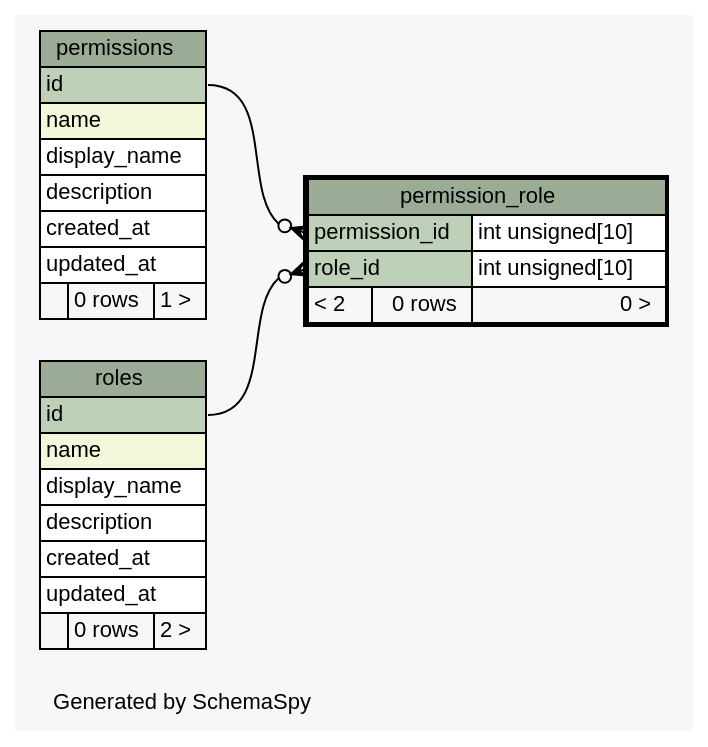
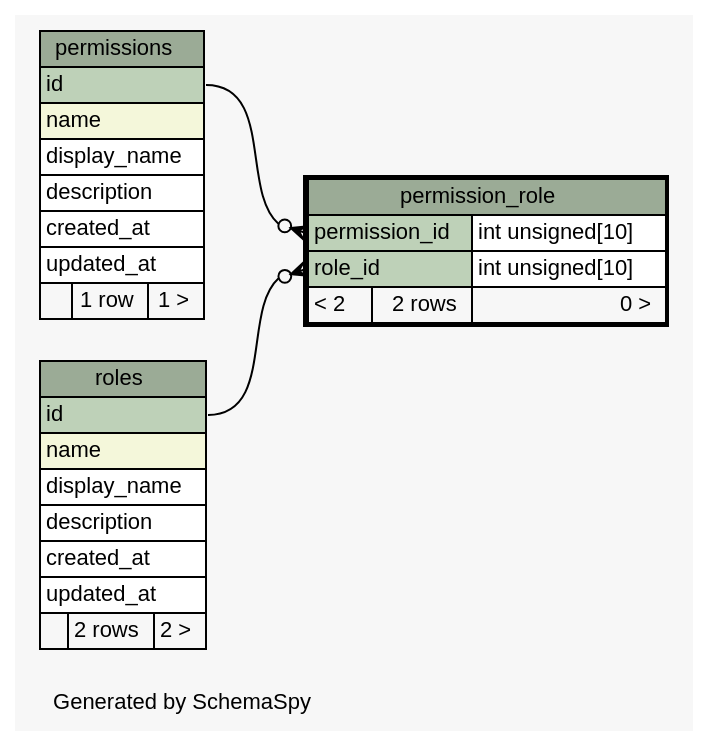
One commit to g0v/poli-radar-api changed the diagram in docs/diagrams/permission_role.1degree.dot. Above: the diagram before and after it, drawn with Graphviz. The commit also changed 105 other files, not shown here.

Commit message:
updated diagram

```diff
--- a/docs/diagrams/permission_role.1degree.dot
+++ b/docs/diagrams/permission_role.1degree.dot
@@ -1,65 +1,65 @@
 // dot 2.28.0 on Windows 10 10.0
 // SchemaSpy rev 590
 digraph "oneDegreeRelationshipsDiagram" {
   graph [
     rankdir="RL"
     bgcolor="#f7f7f7"
     label="\nGenerated by SchemaSpy"
     labeljust="l"
     nodesep="0.18"
     ranksep="0.46"
     fontname="Helvetica"
     fontsize="11"
   ];
   node [
     fontname="Helvetica"
     fontsize="11"
     shape="plaintext"
   ];
   edge [
     arrowsize="0.8"
   ];
   "permission_role":"permission_id":w -> "permissions":"id":e [arrowhead=none dir=back arrowtail=crowodot];
   "permission_role":"role_id":w -> "roles":"id":e [arrowhead=none dir=back arrowtail=crowodot];
   "permission_role" [
     label=<
     <TABLE BORDER="2" CELLBORDER="1" CELLSPACING="0" BGCOLOR="#ffffff">
       <TR><TD COLSPAN="3" BGCOLOR="#9bab96" ALIGN="CENTER">permission_role</TD></TR>
       <TR><TD PORT="permission_id" COLSPAN="2" BGCOLOR="#bed1b8" ALIGN="LEFT">permission_id</TD><TD PORT="permission_id.type" ALIGN="LEFT">int unsigned[10]</TD></TR>
       <TR><TD PORT="role_id" COLSPAN="2" BGCOLOR="#bed1b8" ALIGN="LEFT">role_id</TD><TD PORT="role_id.type" ALIGN="LEFT">int unsigned[10]</TD></TR>
-      <TR><TD ALIGN="LEFT" BGCOLOR="#f7f7f7">&lt; 2</TD><TD ALIGN="RIGHT" BGCOLOR="#f7f7f7">0 rows</TD><TD ALIGN="RIGHT" BGCOLOR="#f7f7f7">0 &gt;</TD></TR>
+      <TR><TD ALIGN="LEFT" BGCOLOR="#f7f7f7">&lt; 2</TD><TD ALIGN="RIGHT" BGCOLOR="#f7f7f7">2 rows</TD><TD ALIGN="RIGHT" BGCOLOR="#f7f7f7">0 &gt;</TD></TR>
     </TABLE>>
     URL="permission_role.html"
     tooltip="permission_role"
   ];
   "permissions" [
     label=<
     <TABLE BORDER="0" CELLBORDER="1" CELLSPACING="0" BGCOLOR="#ffffff">
       <TR><TD COLSPAN="3" BGCOLOR="#9bab96" ALIGN="CENTER">permissions</TD></TR>
       <TR><TD PORT="id" COLSPAN="3" BGCOLOR="#bed1b8" ALIGN="LEFT">id</TD></TR>
       <TR><TD PORT="name" COLSPAN="3" BGCOLOR="#f4f7da" ALIGN="LEFT">name</TD></TR>
       <TR><TD PORT="display_name" COLSPAN="3" ALIGN="LEFT">display_name</TD></TR>
       <TR><TD PORT="description" COLSPAN="3" ALIGN="LEFT">description</TD></TR>
       <TR><TD PORT="created_at" COLSPAN="3" ALIGN="LEFT">created_at</TD></TR>
       <TR><TD PORT="updated_at" COLSPAN="3" ALIGN="LEFT">updated_at</TD></TR>
-      <TR><TD ALIGN="LEFT" BGCOLOR="#f7f7f7">  </TD><TD ALIGN="RIGHT" BGCOLOR="#f7f7f7">0 rows</TD><TD ALIGN="RIGHT" BGCOLOR="#f7f7f7">1 &gt;</TD></TR>
+      <TR><TD ALIGN="LEFT" BGCOLOR="#f7f7f7">  </TD><TD ALIGN="RIGHT" BGCOLOR="#f7f7f7">1 row</TD><TD ALIGN="RIGHT" BGCOLOR="#f7f7f7">1 &gt;</TD></TR>
     </TABLE>>
     URL="permissions.html"
     tooltip="permissions"
   ];
   "roles" [
     label=<
     <TABLE BORDER="0" CELLBORDER="1" CELLSPACING="0" BGCOLOR="#ffffff">
       <TR><TD COLSPAN="3" BGCOLOR="#9bab96" ALIGN="CENTER">roles</TD></TR>
       <TR><TD PORT="id" COLSPAN="3" BGCOLOR="#bed1b8" ALIGN="LEFT">id</TD></TR>
       <TR><TD PORT="name" COLSPAN="3" BGCOLOR="#f4f7da" ALIGN="LEFT">name</TD></TR>
       <TR><TD PORT="display_name" COLSPAN="3" ALIGN="LEFT">display_name</TD></TR>
       <TR><TD PORT="description" COLSPAN="3" ALIGN="LEFT">description</TD></TR>
       <TR><TD PORT="created_at" COLSPAN="3" ALIGN="LEFT">created_at</TD></TR>
       <TR><TD PORT="updated_at" COLSPAN="3" ALIGN="LEFT">updated_at</TD></TR>
-      <TR><TD ALIGN="LEFT" BGCOLOR="#f7f7f7">  </TD><TD ALIGN="RIGHT" BGCOLOR="#f7f7f7">0 rows</TD><TD ALIGN="RIGHT" BGCOLOR="#f7f7f7">2 &gt;</TD></TR>
+      <TR><TD ALIGN="LEFT" BGCOLOR="#f7f7f7">  </TD><TD ALIGN="RIGHT" BGCOLOR="#f7f7f7">2 rows</TD><TD ALIGN="RIGHT" BGCOLOR="#f7f7f7">2 &gt;</TD></TR>
     </TABLE>>
     URL="roles.html"
     tooltip="roles"
   ];
 }
```
